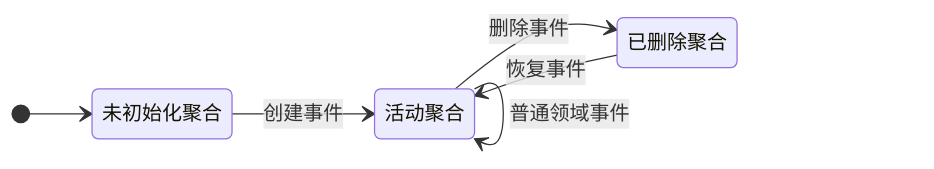
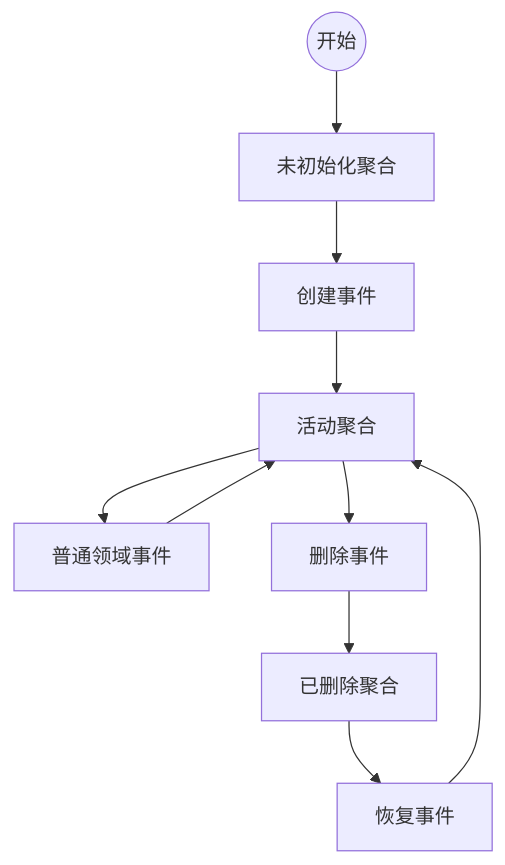
The diagram in documentation/docs/zh/guide/domain/lifecycle.md (Ahoo-Wang/Wow), drawn with Mermaid before and after one commit. The commit also changed 19 other files, not shown here.

Commit message:
docs: improve Mermaid diagram readability

````diff
--- a/documentation/docs/zh/guide/domain/lifecycle.md
+++ b/documentation/docs/zh/guide/domain/lifecycle.md
@@ -11,12 +11,12 @@
 ```mermaid
-stateDiagram-v2
-    direction LR
-    state "未初始化聚合" as Empty
-    state "活动聚合" as Active
-    state "已删除聚合" as Deleted
-    [*] --> Empty
-    Empty --> Active: 创建事件
-    Active --> Active: 普通领域事件
-    Active --> Deleted: 删除事件
-    Deleted --> Active: 恢复事件
+flowchart TB
+    Start((开始)) --> Empty["未初始化聚合"]
+    Empty --> Created["创建事件"]
+    Created --> Active["活动聚合"]
+    Active --> Regular["普通领域事件"]
+    Regular --> Active
+    Active --> DeletedEvent["删除事件"]
+    DeletedEvent --> Deleted["已删除聚合"]
+    Deleted --> Recovery["恢复事件"]
+    Recovery --> Active
 ```
````
